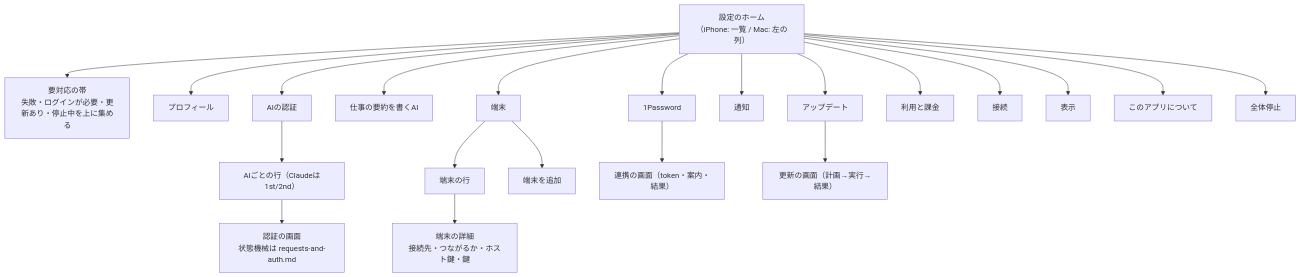
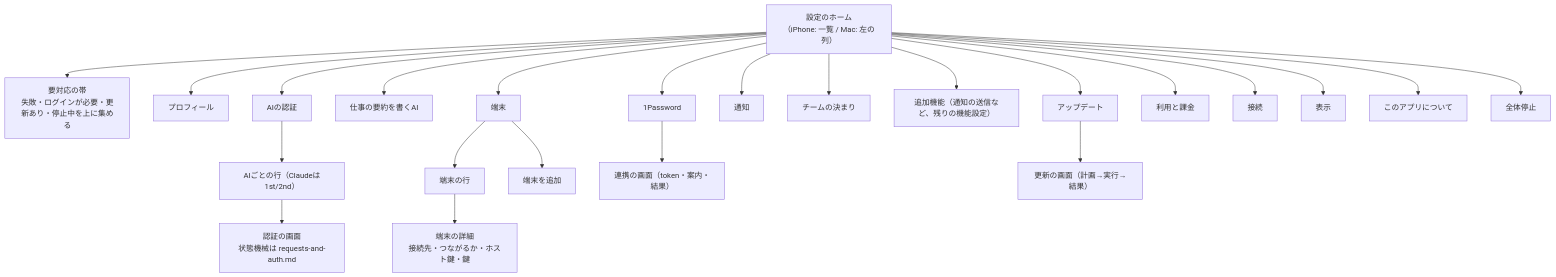
The first of 8 diagrams in docs/architecture/modules/apple/settings-user-flow.md (kitepon/BellTeam), drawn with Mermaid before and after one commit. The commit also changed other lines of this file and 3 other files, not shown here.

````diff
--- a/docs/architecture/modules/apple/settings-user-flow.md
+++ b/docs/architecture/modules/apple/settings-user-flow.md
@@ -27,21 +27,23 @@
 ```mermaid
 flowchart TD
   Home["設定のホーム<br/>（iPhone: 一覧 / Mac: 左の列）"] --> Attn["要対応の帯<br/>失敗・ログインが必要・更新あり・停止中を上に集める"]
   Home --> P["プロフィール"]
   Home --> AI["AIの認証"]
   Home --> SUM["仕事の要約を書くAI"]
   Home --> T["端末"]
   Home --> OP["1Password"]
   Home --> N["通知"]
+  Home --> RU["チームの決まり"]
+  Home --> FE["追加機能（通知の送信など、残りの機能設定）"]
   Home --> UP["アップデート"]
   Home --> B["利用と課金"]
   Home --> C["接続"]
   Home --> D["表示"]
   Home --> A["このアプリについて"]
   Home --> S["全体停止"]
   AI --> AIR["AIごとの行（Claudeは1st/2nd）"] --> AIV["認証の画面<br/>状態機械は requests-and-auth.md"]
   T --> TR["端末の行"] --> TD["端末の詳細<br/>接続先・つながるか・ホスト鍵・鍵"]
   T --> TA["端末を追加"]
   OP --> OPE["連携の画面（token・案内・結果）"]
   UP --> UPV["更新の画面（計画→実行→結果）"]
 ```
````
